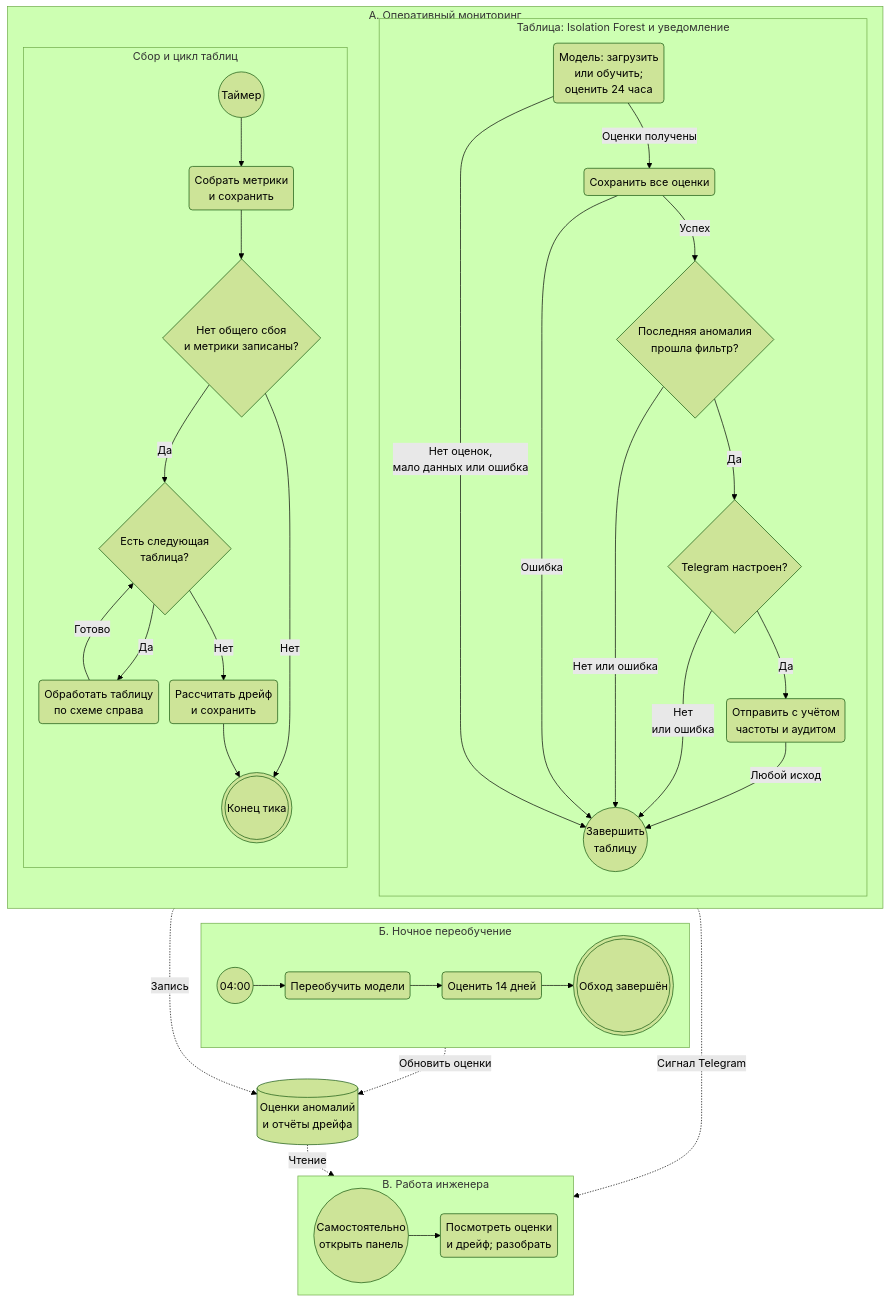
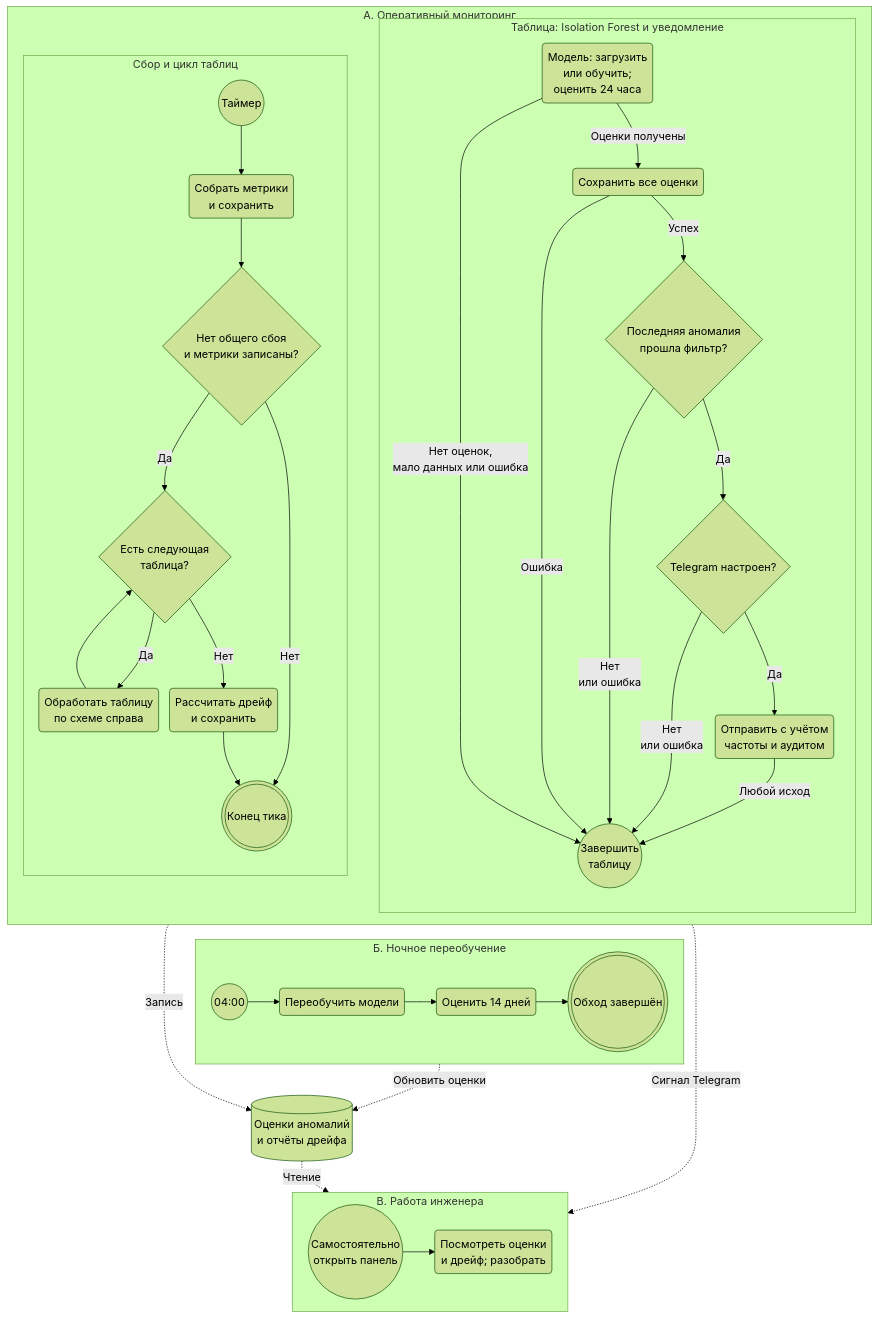
The diagram in docs/Model_BPMN.md (ksdergach/db-monitoring-production-standards), drawn with Mermaid (forest theme) before and after one commit. The commit also changed other lines of this file, not shown here.

Commit message:
docs: развести подписи цикла таблиц в Mermaid

````diff
--- a/docs/Model_BPMN.md
+++ b/docs/Model_BPMN.md
@@ -20,41 +20,41 @@
 ```mermaid
 %%{init: {'flowchart': {'nodeSpacing': 16, 'rankSpacing': 22, 'padding': 8}}}%%
 flowchart TB
     subgraph operational["А. Оперативный мониторинг"]
         direction LR
         subgraph control["Сбор и цикл таблиц"]
             direction TB
             tick(("Таймер")) --> collect("Собрать метрики<br/>и сохранить") --> ready{"Нет общего сбоя<br/>и метрики записаны?"}
             ready -->|Нет| stop((("Конец тика")))
             ready -->|Да| more{"Есть следующая<br/>таблица?"}
-            more -->|Да| process("Обработать таблицу<br/>по схеме справа") -->|Готово| more
+            more -->|Да| process("Обработать таблицу<br/>по схеме справа") --> more
             more -->|Нет| drift("Рассчитать дрейф<br/>и сохранить") --> stop
         end
         subgraph detail["Таблица: Isolation Forest и уведомление"]
             direction TB
             model("Модель: загрузить<br/>или обучить;<br/>оценить 24 часа") -->|Оценки получены| save("Сохранить все оценки")
             model -->|"Нет оценок,<br/>мало данных или ошибка"| finish(("Завершить<br/>таблицу"))
             save -->|Ошибка| finish
             save -->|Успех| gate{"Последняя аномалия<br/>прошла фильтр?"}
-            gate -->|"Нет или ошибка"| finish
+            gate -->|"Нет<br/>или ошибка"| finish
             gate -->|Да| telegram{"Telegram настроен?"}
             telegram -->|"Нет<br/>или ошибка"| finish
             telegram -->|Да| notify("Отправить с учётом<br/>частоты и аудитом") -->|Любой исход| finish
         end
         control ~~~ detail
     end
     subgraph night["Б. Ночное переобучение"]
         direction LR
         timer(("04:00")) --> retrain("Переобучить модели") --> rescore("Оценить 14 дней") --> night_end((("Обход завершён")))
     end
     results[("Оценки аномалий<br/>и отчёты дрейфа")]
     subgraph engineer["В. Работа инженера"]
         direction LR
         open(("Самостоятельно<br/>открыть панель")) --> review("Посмотреть оценки<br/>и дрейф; разобрать")
     end
     operational ~~~ night
     operational -.->|Запись| results
     night -.->|Обновить оценки| results
     results -.->|Чтение| engineer
     operational -.->|Сигнал Telegram| engineer
 ```
````
